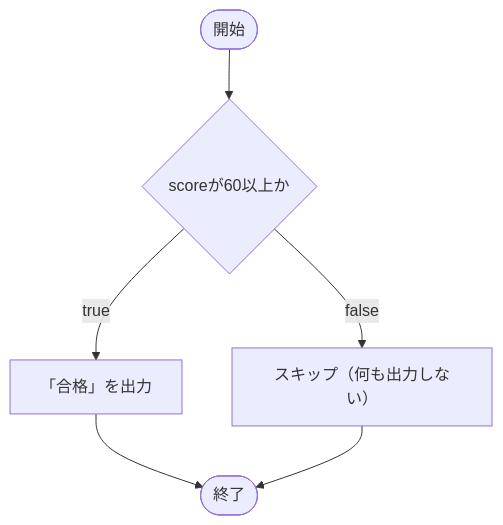
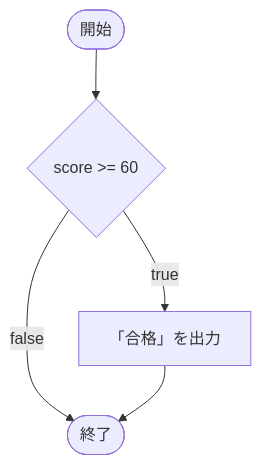
One commit to LeonAkasaka/unity-csharp-learning changed the first of 4 diagrams in docs/csharp/conditionals/index.md. Above: the diagram before and after it, drawn with Mermaid. The commit also changed other lines of this file and 18 other files, not shown here.

````diff
--- a/docs/csharp/conditionals/index.md
+++ b/docs/csharp/conditionals/index.md
@@ -115,8 +103,7 @@
 ```mermaid
 flowchart TD
-    A([開始]) --> B{"scoreが60以上か"}
+    A([開始]) --> B{"score >= 60"}
     B -- true --> C["「合格」を出力"]
-    B -- false --> D["スキップ（何も出力しない）"]
-    C --> E([終了])
-    D --> E
+    B -- false --> E([終了])
+    C --> E
 ```
````
